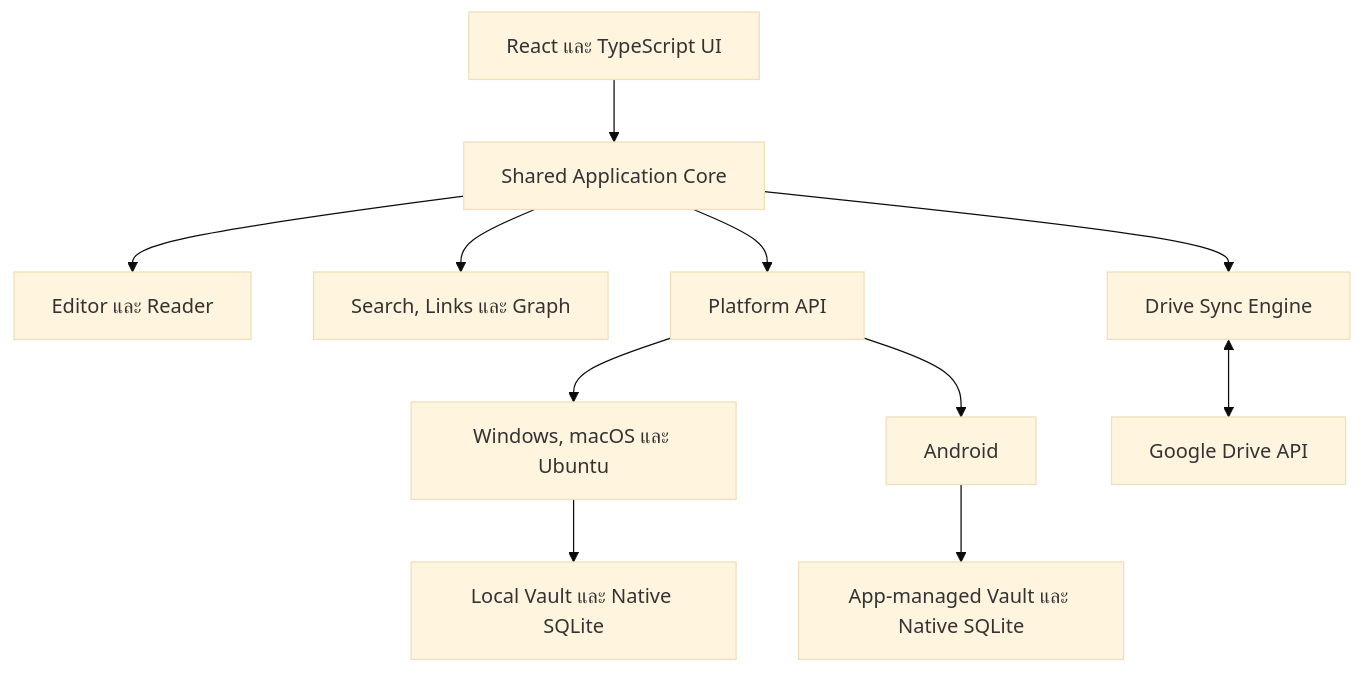
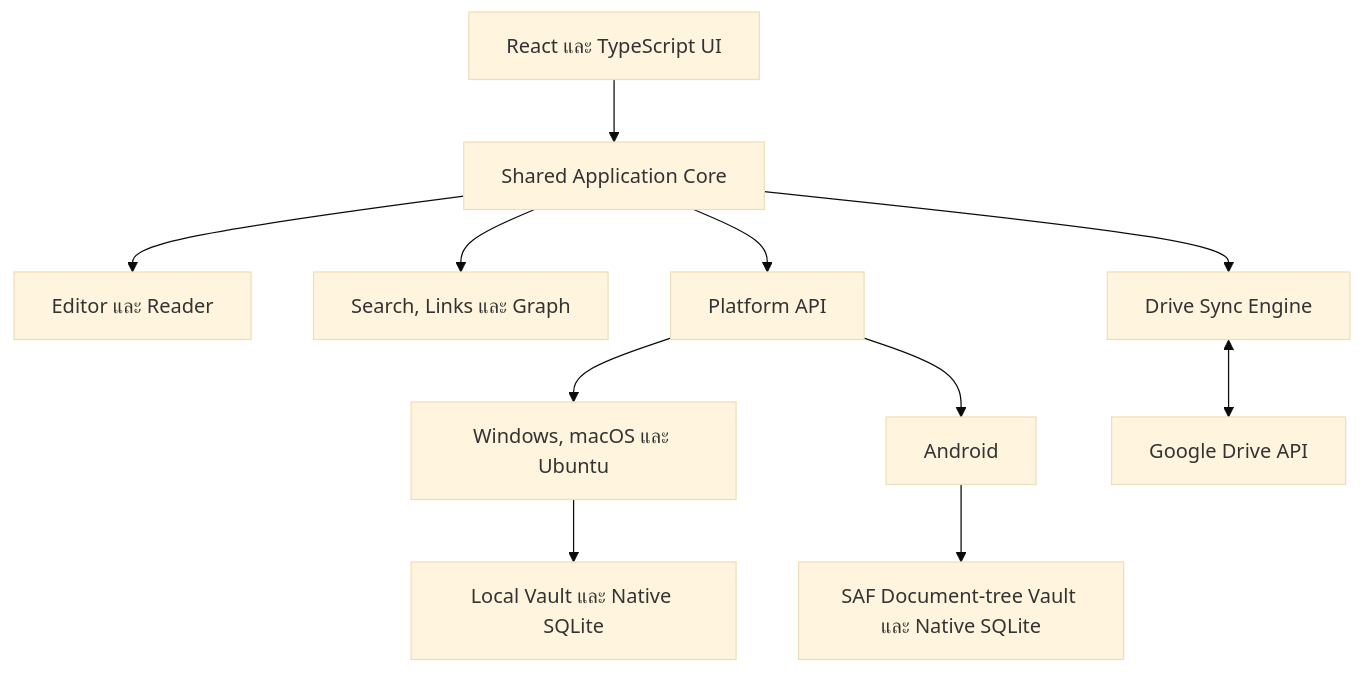
One commit to abhuri/myVault changed the diagram in PROJECT_PLAN.md. Above: the diagram before and after it, drawn with Mermaid (base theme). The commit also changed other lines of this file and 8 other files, not shown here.

````diff
--- a/PROJECT_PLAN.md
+++ b/PROJECT_PLAN.md
@@ -86,15 +88,15 @@
 ```mermaid
 flowchart TB
     UI["React และ TypeScript UI"] --> CORE["Shared Application Core"]
     CORE --> EDITOR["Editor และ Reader"]
     CORE --> INDEX["Search, Links และ Graph"]
     CORE --> SYNC["Drive Sync Engine"]
     CORE --> PLATFORM["Platform API"]
 
     PLATFORM --> DESKTOP["Windows, macOS และ Ubuntu"]
     PLATFORM --> ANDROID["Android"]
 
     DESKTOP --> LOCALFS["Local Vault และ Native SQLite"]
-    ANDROID --> APPFS["App-managed Vault และ Native SQLite"]
+    ANDROID --> SAF["SAF Document-tree Vault และ Native SQLite"]
     SYNC <--> DRIVE["Google Drive API"]
 ```
````
